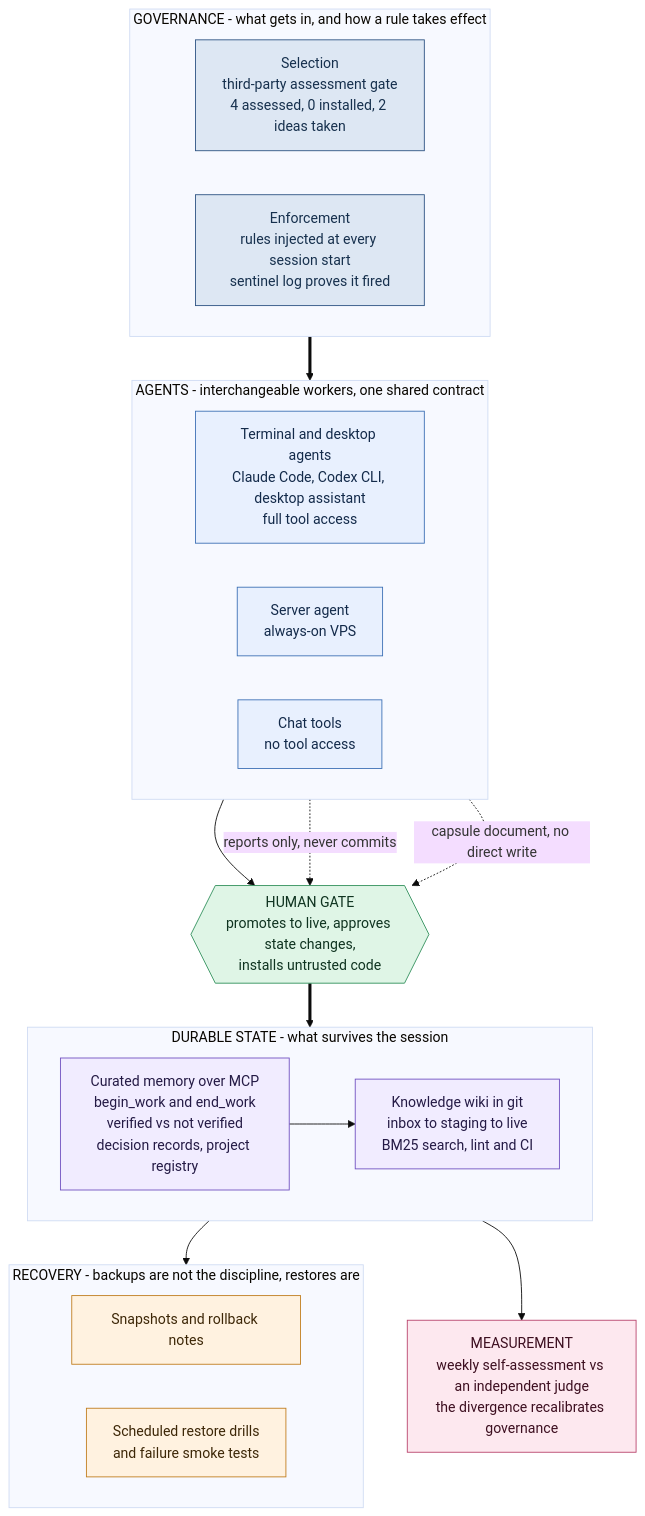
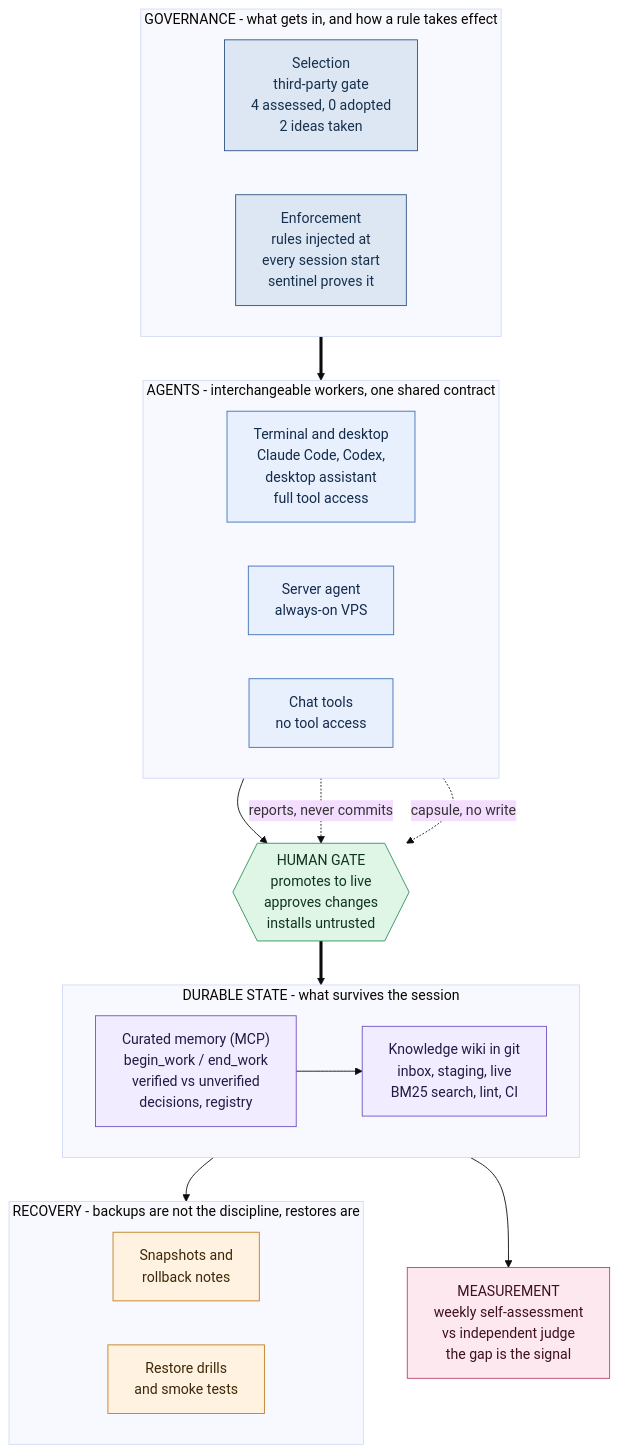
One commit to artemtrofymenko/agent-ops-notes changed the diagram in README.md. Above: the diagram before and after it, drawn with Mermaid (base theme).

Commit message:
docs: shorten every node label below the width where GitHub clips it
The clipping was real, not a screenshot artifact. Measured threshold: labels
lose characters somewhere around 27 per line, proven by 'Snapshots and
rollback notes' rendering as 'Snapshots and rollback note'.

GitHub draws mermaid labels as SVG text with no wrapping, so a long line is
cut rather than reflowed. Every node label is now 22 characters or less per
line. Subgraph titles are left long on purpose, they render in full.

Not using an init directive to force htmlLabels: it may be sanitised, and a
failed directive breaks the whole block rather than one label.

````diff
--- a/README.md
+++ b/README.md
@@ -23,55 +23,55 @@
 ```mermaid
 flowchart TB
 
   subgraph GOV["GOVERNANCE - what gets in, and how a rule takes effect"]
     direction LR
-    SEL["Selection<br/>third-party assessment gate<br/>4 assessed, 0 installed, 2 ideas taken"]
-    ENF["Enforcement<br/>rules injected at every session start<br/>sentinel log proves it fired"]
+    SEL["Selection<br/>third-party gate<br/>4 assessed, 0 adopted<br/>2 ideas taken"]
+    ENF["Enforcement<br/>rules injected at<br/>every session start<br/>sentinel proves it"]
   end
 
   subgraph AG["AGENTS - interchangeable workers, one shared contract"]
     direction LR
-    FULL["Terminal and desktop agents<br/>Claude Code, Codex CLI, desktop assistant<br/>full tool access"]
+    FULL["Terminal and desktop<br/>Claude Code, Codex,<br/>desktop assistant<br/>full tool access"]
     SH["Server agent<br/>always-on VPS"]
     GPT["Chat tools<br/>no tool access"]
   end
 
-  GATE{{"HUMAN GATE<br/>promotes to live, approves state changes,<br/>installs untrusted code"}}
+  GATE{{"HUMAN GATE<br/>promotes to live<br/>approves changes<br/>installs untrusted"}}
 
   subgraph STATE["DURABLE STATE - what survives the session"]
     direction LR
-    MEM["Curated memory over MCP<br/>begin_work and end_work<br/>verified vs not verified<br/>decision records, project registry"]
-    WIKI["Knowledge wiki in git<br/>inbox to staging to live<br/>BM25 search, lint and CI"]
+    MEM["Curated memory (MCP)<br/>begin_work / end_work<br/>verified vs unverified<br/>decisions, registry"]
+    WIKI["Knowledge wiki in git<br/>inbox, staging, live<br/>BM25 search, lint, CI"]
   end
 
   subgraph SAFE["RECOVERY - backups are not the discipline, restores are"]
     direction LR
-    SNAP["Snapshots and rollback notes"]
-    DRILL["Scheduled restore drills<br/>and failure smoke tests"]
+    SNAP["Snapshots and<br/>rollback notes"]
+    DRILL["Restore drills<br/>and smoke tests"]
   end
 
-  MEAS["MEASUREMENT<br/>weekly self-assessment vs an independent judge<br/>the divergence recalibrates governance"]
+  MEAS["MEASUREMENT<br/>weekly self-assessment<br/>vs independent judge<br/>the gap is the signal"]
 
   GOV ==> AG
   FULL --> GATE
-  SH -.->|"reports only, never commits"| GATE
-  GPT -.->|"capsule document, no direct write"| GATE
+  SH -.->|"reports, never commits"| GATE
+  GPT -.->|"capsule, no write"| GATE
   GATE ==> STATE
   MEM --> WIKI
   STATE --> SAFE
   STATE --> MEAS
 
   classDef gov fill:#dde7f3,stroke:#2c5282,color:#16304d
   classDef agent fill:#e8f0fe,stroke:#3c6fb5,color:#132a4a
   classDef state fill:#f1ecff,stroke:#6f4fc0,color:#241a45
   classDef gate fill:#dff5e6,stroke:#2f8f5b,color:#0f3320
   classDef safe fill:#fff2e0,stroke:#c07d1e,color:#3d2707
   classDef meas fill:#fde8ef,stroke:#b8436b,color:#3d0f20
 
   class SEL,ENF gov
   class FULL,SH,GPT agent
   class MEM,WIKI state
   class GATE gate
   class SNAP,DRILL safe
   class MEAS meas
 ```
````
